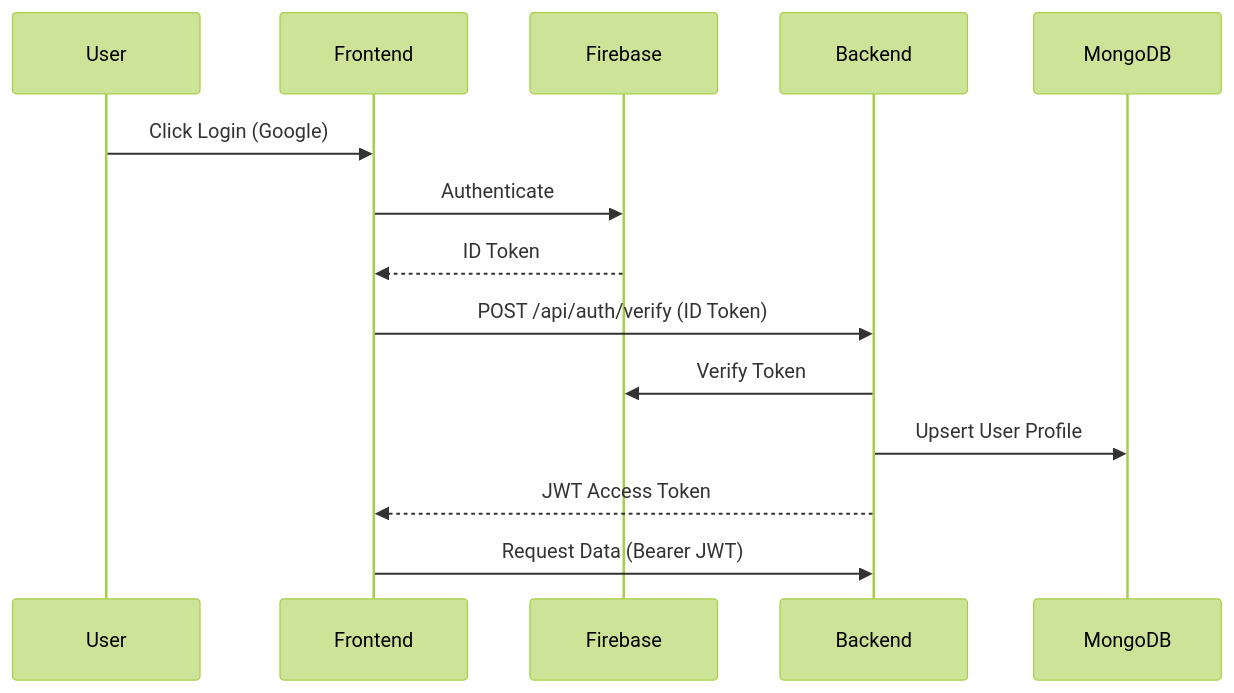
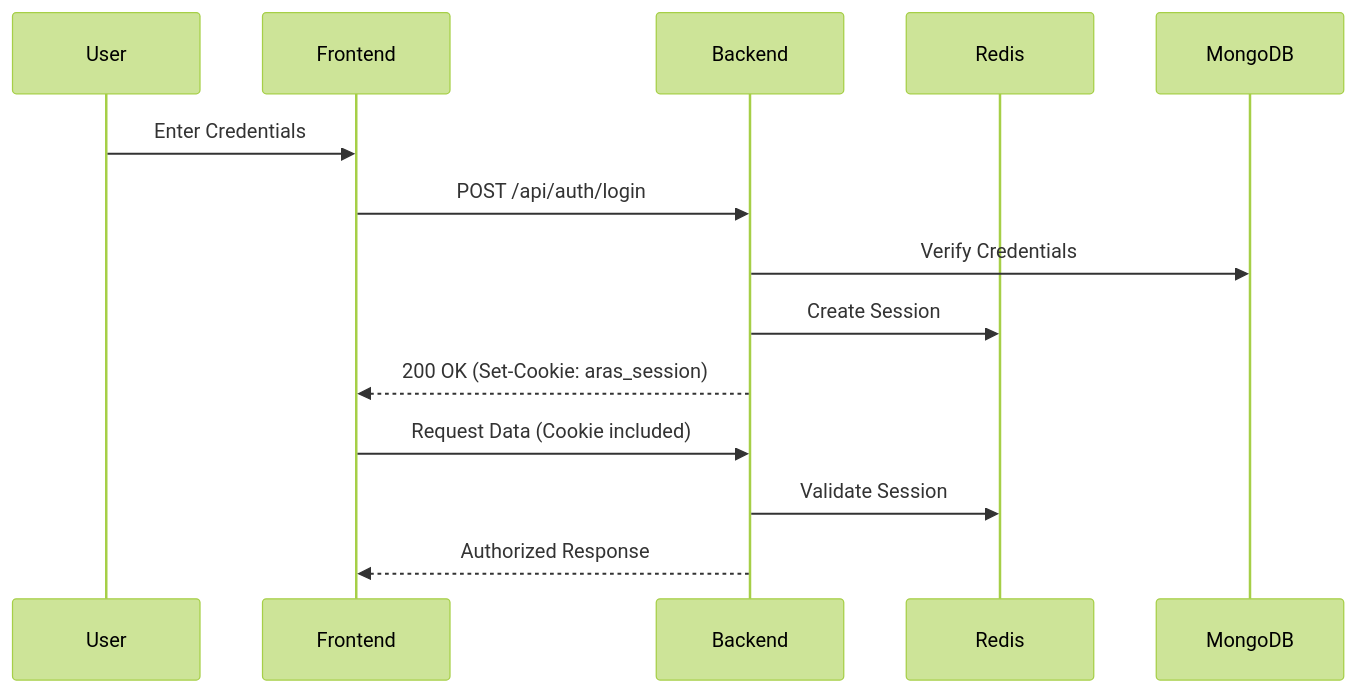
Before and after one commit to OrionGD/Academic-Research-Assistant: the second of 2 diagrams in README.md, drawn with Mermaid (forest theme). The commit also changed other lines of this file and 442 other files, not shown here.

````diff
--- a/README.md
+++ b/README.md
@@ -192,17 +192,17 @@
 ```mermaid
 sequenceDiagram
     participant User
     participant Frontend
-    participant Firebase
     participant Backend
+    participant Redis
     participant MongoDB
 
-    User->>Frontend: Click Login (Google)
-    Frontend->>Firebase: Authenticate
-    Firebase-->>Frontend: ID Token
-    Frontend->>Backend: POST /api/auth/verify (ID Token)
-    Backend->>Firebase: Verify Token
-    Backend->>MongoDB: Upsert User Profile
-    Backend-->>Frontend: JWT Access Token
-    Frontend->>Backend: Request Data (Bearer JWT)
+    User->>Frontend: Enter Credentials
+    Frontend->>Backend: POST /api/auth/login
+    Backend->>MongoDB: Verify Credentials
+    Backend->>Redis: Create Session
+    Backend-->>Frontend: 200 OK (Set-Cookie: aras_session)
+    Frontend->>Backend: Request Data (Cookie included)
+    Backend->>Redis: Validate Session
+    Backend-->>Frontend: Authorized Response
 ```
````
